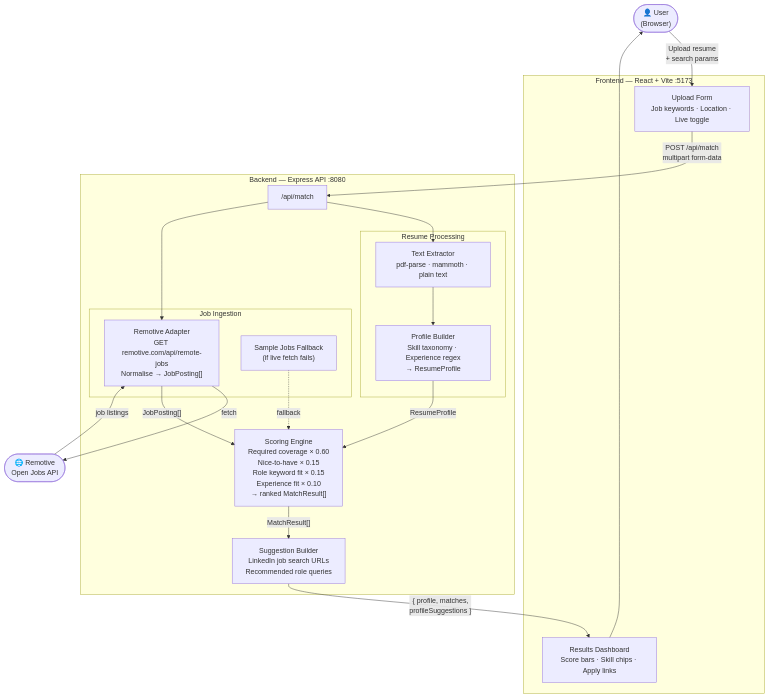
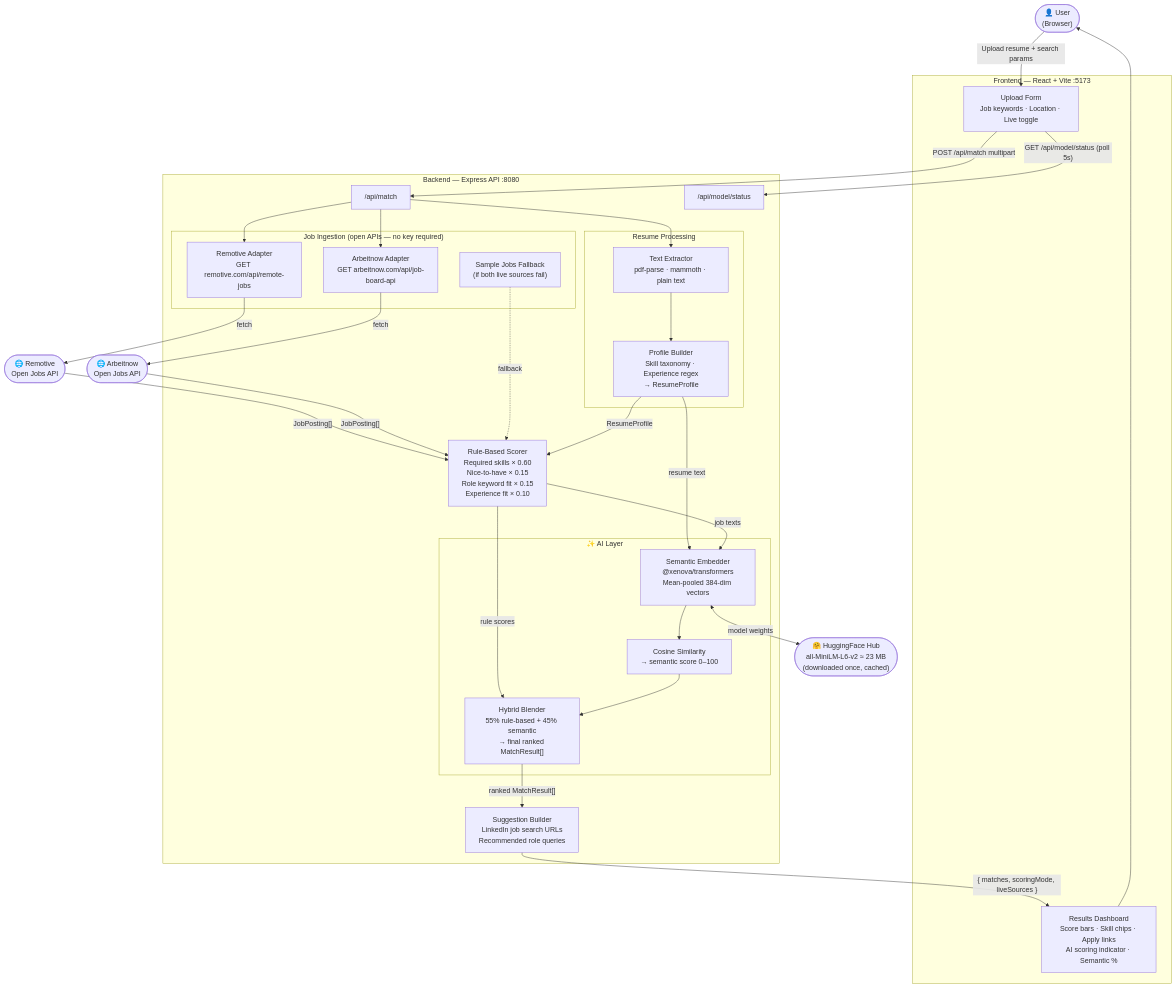
Before and after one commit to Prabha93/airesumeanalyzer: the diagram in README.md, drawn with Mermaid. The commit also changed other lines of this file and 10 other files, not shown here.

Commit message:
feat: add semantic AI scoring (@xenova/transformers) and Arbeitnow job source; update README Mermaid diagram

````diff
--- a/README.md
+++ b/README.md
@@ -39,43 +41,59 @@
 ```mermaid
 flowchart TD
     User(["👤 User\n(Browser)"])
 
     subgraph Web["Frontend — React + Vite :5173"]
         UI["Upload Form\nJob keywords · Location · Live toggle"]
-        Results["Results Dashboard\nScore bars · Skill chips · Apply links"]
+        Results["Results Dashboard\nScore bars · Skill chips · Apply links\nAI scoring indicator · Semantic %"]
     end
 
     subgraph API["Backend — Express API :8080"]
         Router["/api/match"]
+        ModelStatus["/api/model/status"]
 
         subgraph Parse["Resume Processing"]
             Extractor["Text Extractor\npdf-parse · mammoth · plain text"]
             Profiler["Profile Builder\nSkill taxonomy · Experience regex\n→ ResumeProfile"]
         end
 
-        subgraph Jobs["Job Ingestion"]
-            Remotive["Remotive Adapter\nGET remotive.com/api/remote-jobs\nNormalise → JobPosting[]"]
-            SampleFallback["Sample Jobs Fallback\n(if live fetch fails)"]
+        subgraph Jobs["Job Ingestion (open APIs — no key required)"]
+            Remotive["Remotive Adapter\nGET remotive.com/api/remote-jobs"]
+            Arbeitnow["Arbeitnow Adapter\nGET arbeitnow.com/api/job-board-api"]
+            SampleFallback["Sample Jobs Fallback\n(if both live sources fail)"]
         end
 
-        Matcher["Scoring Engine\nRequired coverage × 0.60\nNice-to-have × 0.15\nRole keyword fit × 0.15\nExperience fit × 0.10\n→ ranked MatchResult[]"]
+        RuleEngine["Rule-Based Scorer\nRequired skills × 0.60\nNice-to-have × 0.15\nRole keyword fit × 0.15\nExperience fit × 0.10"]
+
+        subgraph AI["✨ AI Layer"]
+            Embedder["Semantic Embedder\n@xenova/transformers\nMean-pooled 384-dim vectors"]
+            CosineSim["Cosine Similarity\n→ semantic score 0–100"]
+            Hybrid["Hybrid Blender\n55% rule-based + 45% semantic\n→ final ranked MatchResult[]"]
+        end
 
         Suggest["Suggestion Builder\nLinkedIn job search URLs\nRecommended role queries"]
     end
 
-    ExternalAPI(["🌐 Remotive\nOpen Jobs API"])
+    RemotiveAPI(["🌐 Remotive\nOpen Jobs API"])
+    ArbeitnowAPI(["🌐 Arbeitnow\nOpen Jobs API"])
+    HFModel(["🤗 HuggingFace Hub\nall-MiniLM-L6-v2 ≈ 23 MB\n(downloaded once, cached)"])
 
-    User -->|"Upload resume\n+ search params"| UI
-    UI -->|"POST /api/match\nmultipart form-data"| Router
+    User -->|"Upload resume + search params"| UI
+    UI -->|"POST /api/match multipart"| Router
+    UI -->|"GET /api/model/status (poll 5s)"| ModelStatus
     Router --> Extractor
     Extractor --> Profiler
-    Router --> Remotive
-    Remotive -->|"fetch"| ExternalAPI
-    ExternalAPI -->|"job listings"| Remotive
-    Remotive -->|"JobPosting[]"| Matcher
-    SampleFallback -.->|"fallback"| Matcher
-    Profiler -->|"ResumeProfile"| Matcher
-    Matcher -->|"MatchResult[]"| Suggest
-    Suggest -->|"{ profile, matches,\nprofileSuggestions }"| Results
+    Router --> Remotive & Arbeitnow
+    Remotive -->|"fetch"| RemotiveAPI
+    Arbeitnow -->|"fetch"| ArbeitnowAPI
+    RemotiveAPI & ArbeitnowAPI -->|"JobPosting[]"| RuleEngine
+    SampleFallback -.->|"fallback"| RuleEngine
+    Profiler -->|"ResumeProfile"| RuleEngine
+    RuleEngine -->|"rule scores"| Hybrid
+    Profiler -->|"resume text"| Embedder
+    RuleEngine -->|"job texts"| Embedder
+    Embedder <-->|"model weights"| HFModel
+    Embedder --> CosineSim --> Hybrid
+    Hybrid -->|"ranked MatchResult[]"| Suggest
+    Suggest -->|"{ matches, scoringMode, liveSources }"| Results
     Results --> User
 ```
````
